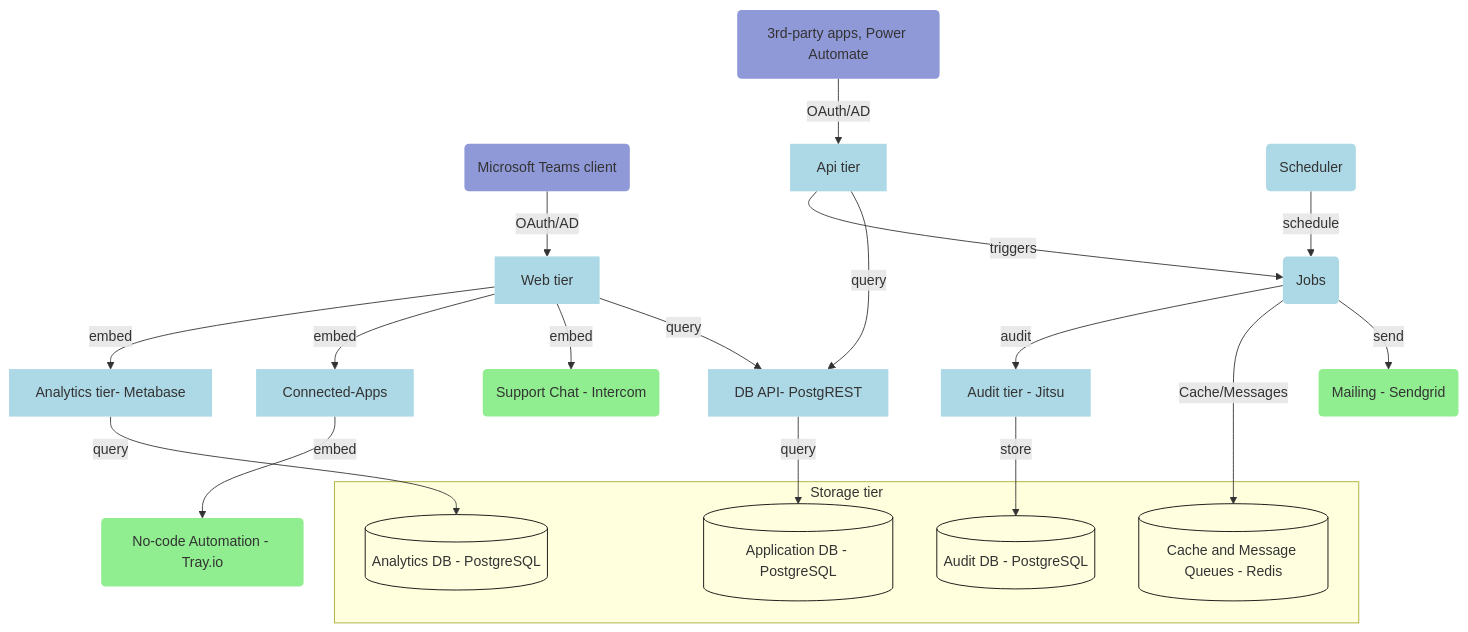
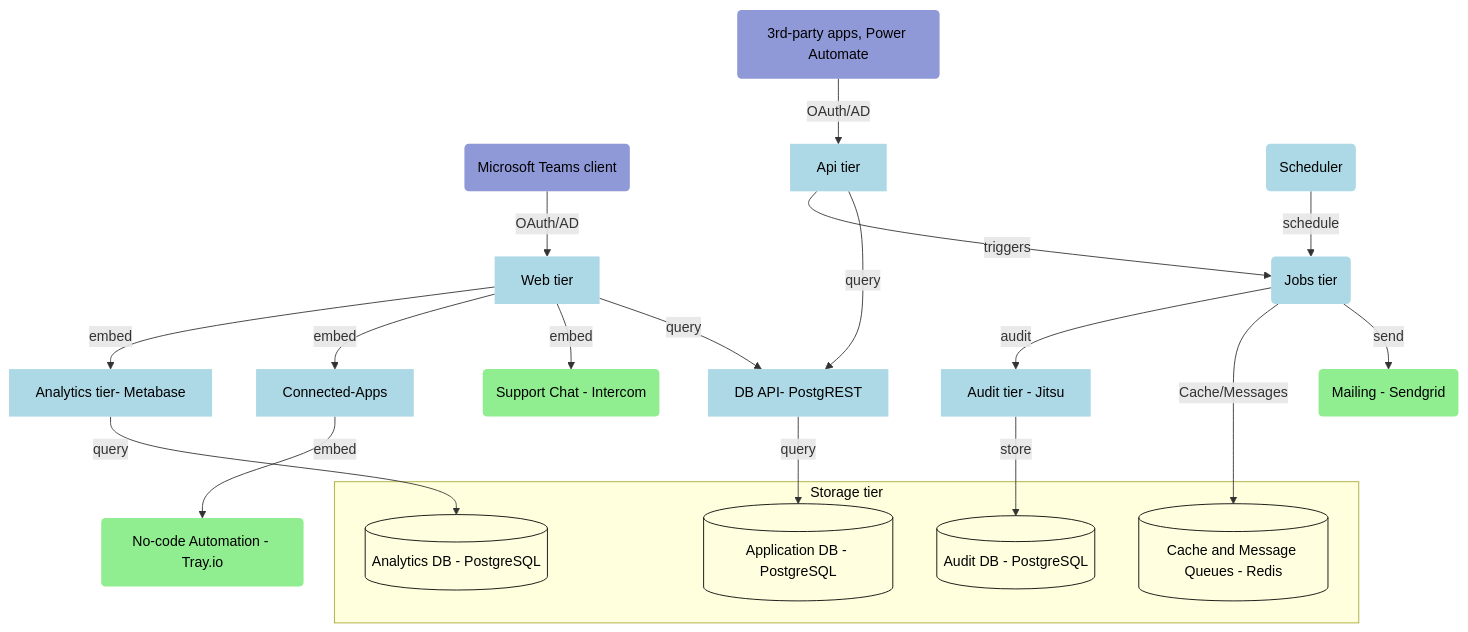
The first of 3 diagrams in README.md (Emrin/hosting), drawn with Mermaid before and after one commit. The commit also changed other lines of this file and 1 other file, not shown here.

Commit message:
updated readme and diagrams

````diff
--- a/README.md
+++ b/README.md
@@ -27,73 +27,73 @@
 ```mermaid
 graph TB
 
     %% Nodes
 
-    teams(Microsoft Teams client)
-    apps(3rd-party apps, Power Automate)
-    webtier[Web tier]
-    apitier[Api tier]
-    scheduler(Scheduler)
-    jobstier(Jobs)
-    audittier[Audit tier - Jitsu]
-    analyticstier[Analytics tier- Metabase]
-    connectedappstier[Connected-Apps]
-    intercom(Support Chat - Intercom)
-    tray(No-code Automation - Tray.io)
-    sendgrid(Mailing - Sendgrid)
-    dbapitier[DB API- PostgREST]
-    subgraph backingservices[Storage tier]
-        redis[(Cache and Message Queues - Redis)]
-        postgresmain[(Application DB - PostgreSQL)]
-        postgresaudit[(Audit DB - PostgreSQL)]
-        postgresanalytics[(Analytics DB - PostgreSQL)]
+    teams(<font color=black>Microsoft Teams client)
+    apps(<font color=black>3rd-party apps, Power Automate)
+    webtier[<font color=black>Web tier]
+    apitier[<font color=black>Api tier]
+    scheduler(<font color=black>Scheduler)
+    jobstier(<font color=black>Jobs tier)
+    audittier[<font color=black>Audit tier - Jitsu]
+    analyticstier[<font color=black>Analytics tier- Metabase]
+    connectedappstier[<font color=black>Connected-Apps]
+    intercom(<font color=black>Support Chat - Intercom)
+    tray(<font color=black>No-code Automation - Tray.io)
+    sendgrid(<font color=black>Mailing - Sendgrid)
+    dbapitier[<font color=black>DB API- PostgREST]
+    subgraph backingservices[<font color=black>Storage tier]
+        redis[(<font color=black>Cache and Message Queues - Redis)]
+        postgresmain[(<font color=black>Application DB - PostgreSQL)]
+        postgresaudit[(<font color=black>Audit DB - PostgreSQL)]
+        postgresanalytics[(<font color=black>Analytics DB - PostgreSQL)]
     end
     
     %% Links
 
     teams -->|OAuth/AD| webtier
     apps -->|OAuth/AD| apitier
 
     webtier --> |query| dbapitier
     webtier --> |embed| intercom
     webtier --> |embed| connectedappstier
     webtier --> |embed| analyticstier
 
     apitier --> |query| dbapitier
     apitier --> |triggers| jobstier
 
     scheduler -->|schedule| jobstier
 
     jobstier --> |send| sendgrid
     jobstier --> |Cache/Messages| redis
     jobstier --> |audit| audittier
 
     connectedappstier --> |embed| tray
 
     audittier --> |store| postgresaudit
     analyticstier --> |query| postgresanalytics
     dbapitier --> |query| postgresmain
 
     %% Styles
     classDef clients fill:#9099d8, stroke-width:0px;
         class teams clients
         class apps clients
     classDef containers fill:#ADD8E6, stroke-width:0px;
         class webtier containers
         class apitier containers
         class jobstier containers
         class scheduler containers
         class connectedappstier containers
         class audittier containers
         class dbapitier containers
         class analyticstier containers
     classDef external fill:#90EE90, stroke-width:0px;
         class intercom external
         class tray external
         class sendgrid external
     classDef storageservices fill:#FFFFE0, stroke:#000000, stroke-width:1px;
         class redis storageservices
         class postgresmain storageservices
         class postgresaudit storageservices
         class postgresanalytics storageservices
 ```
````
